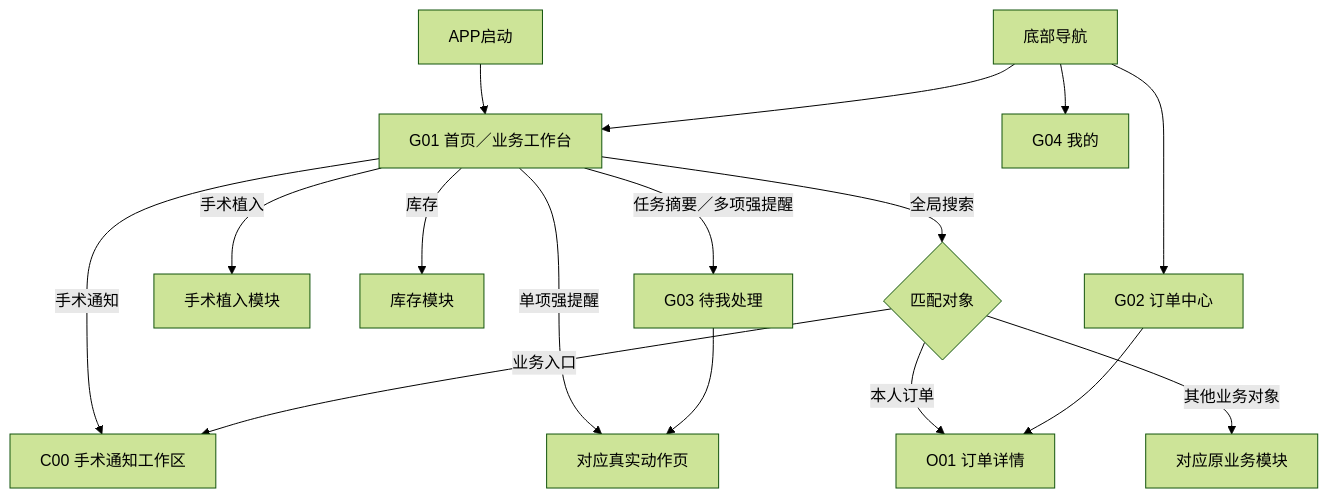
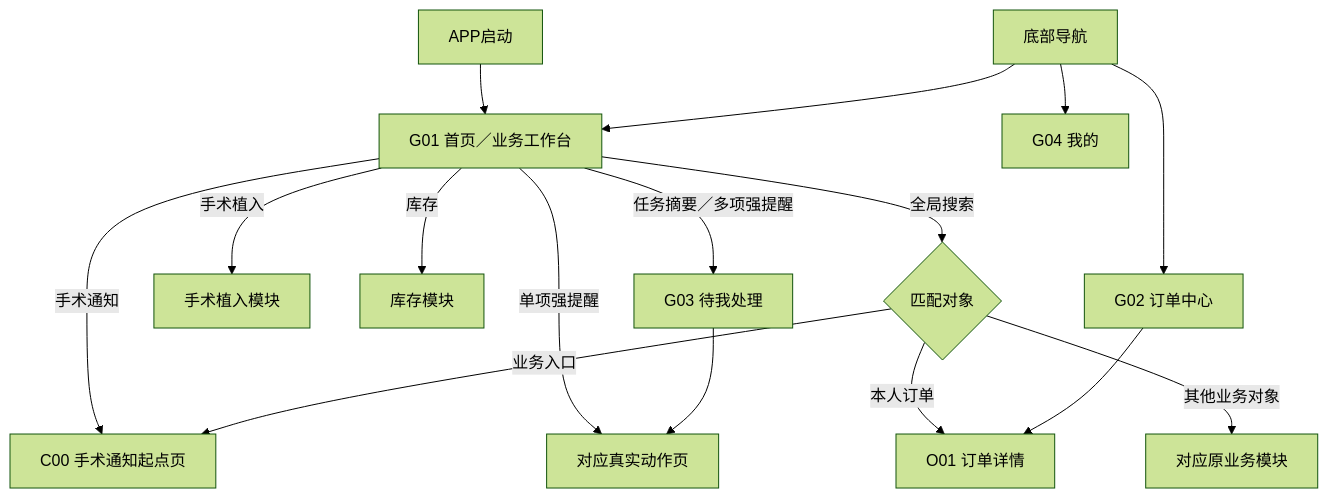
Before and after one commit to Jimokov/orthoflow-erp: the first of 19 diagrams in modules/APP-手术通知/03-设计池/02-手术通知APP页面流程-v0.5.md, drawn with Mermaid (forest theme). The commit also changed other lines of this file and 13 other files, not shown here.

````diff
--- a/modules/APP-手术通知/03-设计池/02-手术通知APP页面流程-v0.5.md
+++ b/modules/APP-手术通知/03-设计池/02-手术通知APP页面流程-v0.5.md
@@ -55,21 +55,21 @@
 ```mermaid
 flowchart TD
     START["APP启动"] --> G01["G01 首页／业务工作台"]
     NAV["底部导航"] --> G01
     NAV --> G02["G02 订单中心"]
     NAV --> G04["G04 我的"]
 
-    G01 -->|手术通知| C00["C00 手术通知工作区"]
+    G01 -->|手术通知| C00["C00 手术通知起点页"]
     G01 -->|手术植入| IMPLANT_HOME["手术植入模块"]
     G01 -->|库存| STOCK_HOME["库存模块"]
     G01 -->|任务摘要／多项强提醒| G03["G03 待我处理"]
     G01 -->|单项强提醒| ACTION["对应真实动作页"]
     G03 --> ACTION
 
     G01 -->|全局搜索| SEARCH{"匹配对象"}
     SEARCH -->|业务入口| C00
     SEARCH -->|本人订单| O01["O01 订单详情"]
     SEARCH -->|其他业务对象| OTHER["对应原业务模块"]
 
     G02 --> O01
 ```
````
